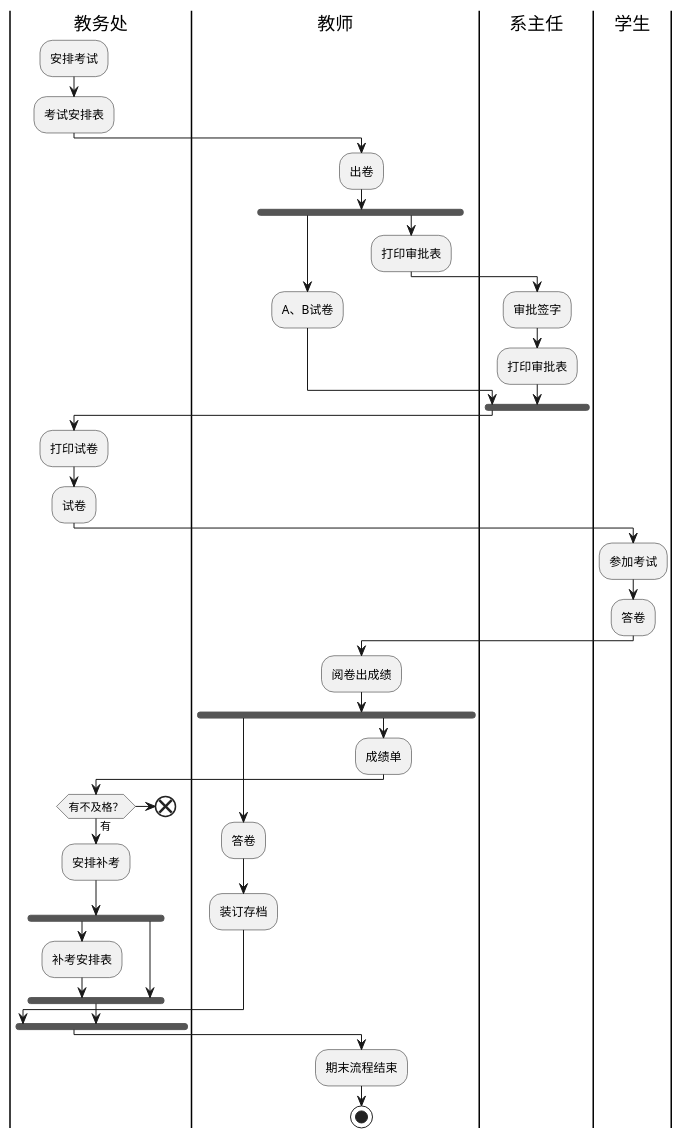
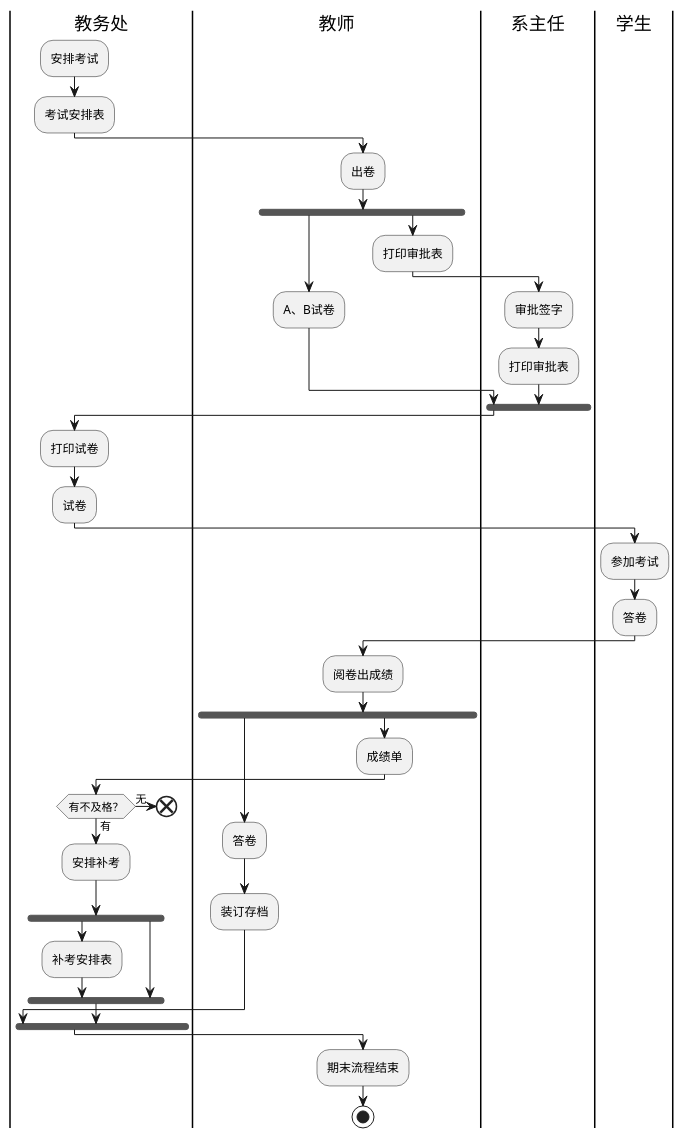
Before and after one commit to z915287285/is_analysis: the diagram in test1/flow1.puml, drawn with PlantUML. The commit also changed 1 other file, not shown here.

```diff
--- a/test1/flow1.puml
+++ b/test1/flow1.puml
@@ -1,43 +1,43 @@
 @startuml
 |教务处|
 :安排考试;
 :考试安排表;
 |教师|
 :出卷;
 fork
 :A、B试卷;
 fork again
 |教师|
 :打印审批表;
 |系主任|
 :审批签字;
 :打印审批表;
 end fork
 |教务处|
 :打印试卷;
 :试卷;
 |学生|
 :参加考试;
 :答卷;
 |教师|
 :阅卷出成绩;
 fork
 :答卷;
 :装订存档;
 fork again
 :成绩单;
 |教务处|
-if(有不及格？) then(有)
+if(有不及格？)then(有)
 :安排补考;
 fork
 :补考安排表;
 fork again
 end fork
-else
+else(无)
 end
 endif
 end fork
 |教师|
 :期末流程结束;
 stop
 @enduml
```
